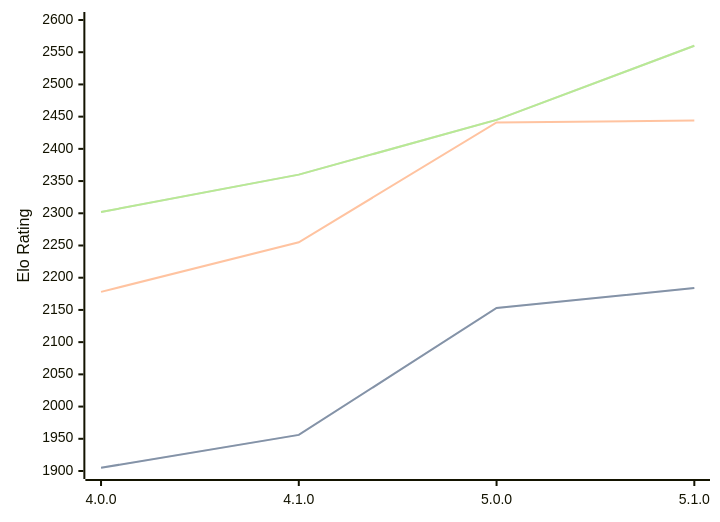
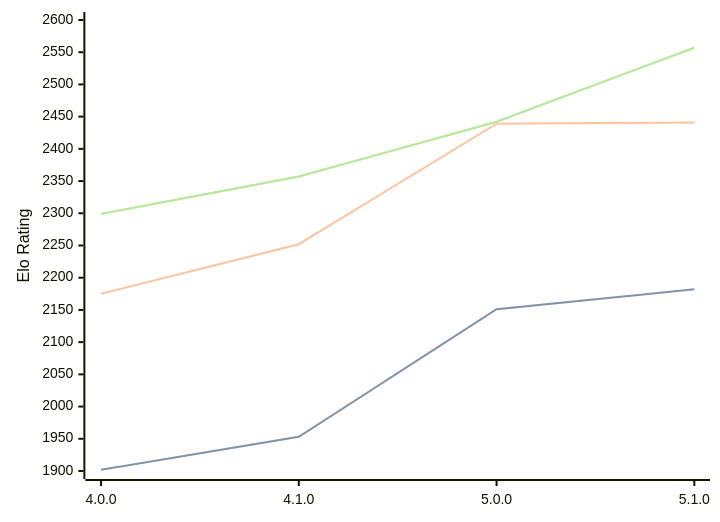
Before and after one commit to computer-chess-index/cci: the diagram in engines/Aconcagua.md, drawn with Mermaid. The commit also changed other lines of this file, not shown here.

Commit message:
Update CCI Ratings (ELO VLTC) - 2026-06-08

````diff
--- a/engines/Aconcagua.md
+++ b/engines/Aconcagua.md
@@ -44,11 +44,11 @@
 ```mermaid
 %%{init: {"theme":"base","themeVariables":{"seriesColors:['#a3a3a3','#222221','#faa371']}}}%%
 xychart-beta
   x-axis ["4.0.0", "4.1.0", "5.0.0", "5.1.0"]
   y-axis "Elo Rating" 1900 --> 2600
-  line "STC (8.0+0.08s)" [1905, 1956, 2153, 2184]
-  line "STC (8.0+0.08s)" [1905, 1956, 2153, 2184]
-  line "LTC (60.0+0.60s)" [2178, 2255, 2441, 2444]
-  line "VLTC (2m24s+1.12s)" [2302, 2360, 2445, 2560]
-  line "VLTC (2m24s+1.12s)" [2302, 2360, 2445, 2560]
+  line "STC (8.0+0.08s)" [1902, 1953, 2151, 2182]
+  line "STC (8.0+0.08s)" [1902, 1953, 2151, 2182]
+  line "LTC (60.0+0.60s)" [2175, 2252, 2439, 2441]
+  line "VLTC (2m24s+1.12s)" [2299, 2357, 2442, 2557]
+  line "VLTC (2m24s+1.12s)" [2299, 2357, 2442, 2557]
 ```
````
